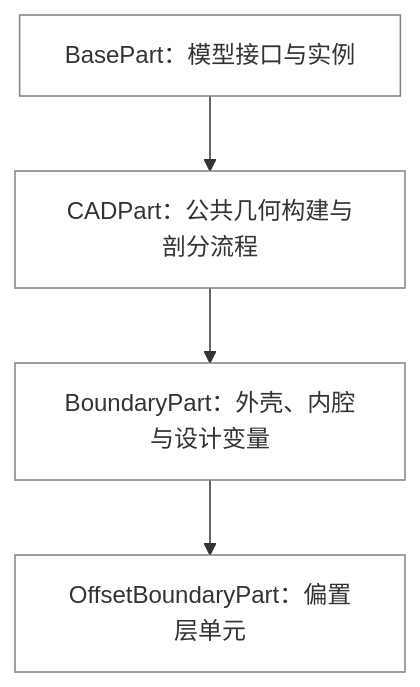
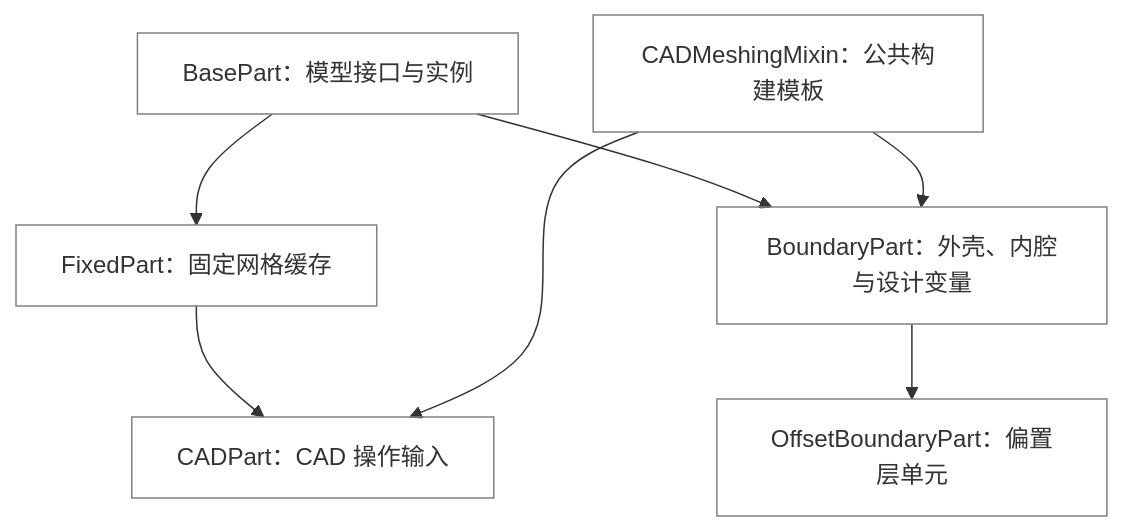
One commit to sssnnn7119/morphopt changed the diagram in docs/codestructure/model.md. Above: the diagram before and after it, drawn with Mermaid. The commit also changed other lines of this file and 81 other files, not shown here.

````diff
--- a/docs/codestructure/model.md
+++ b/docs/codestructure/model.md
@@ -144,7 +145,10 @@
 ```mermaid
 flowchart TB
-    B["BasePart：模型接口与实例"] --> C["CADPart：公共几何构建与剖分流程"]
-    C --> S["BoundaryPart：外壳、内腔与设计变量"]
+    B["BasePart：模型接口与实例"] --> F["FixedPart：固定网格缓存"]
+    F --> C["CADPart：CAD 操作输入"]
+    B --> S["BoundaryPart：外壳、内腔与设计变量"]
+    M["CADMeshingMixin：公共构建模板"] --> C
+    M --> S
     S --> O["OffsetBoundaryPart：偏置层单元"]
     classDef default fill:transparent,stroke:#808080
 ```
````
